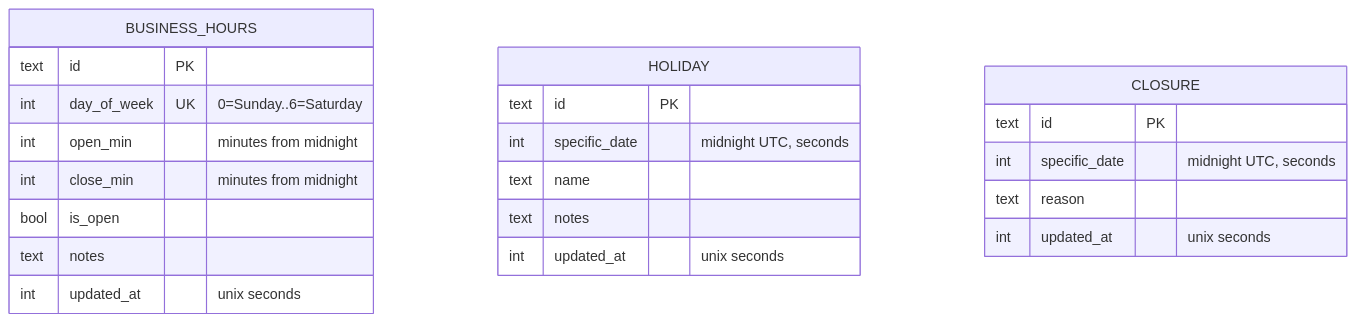
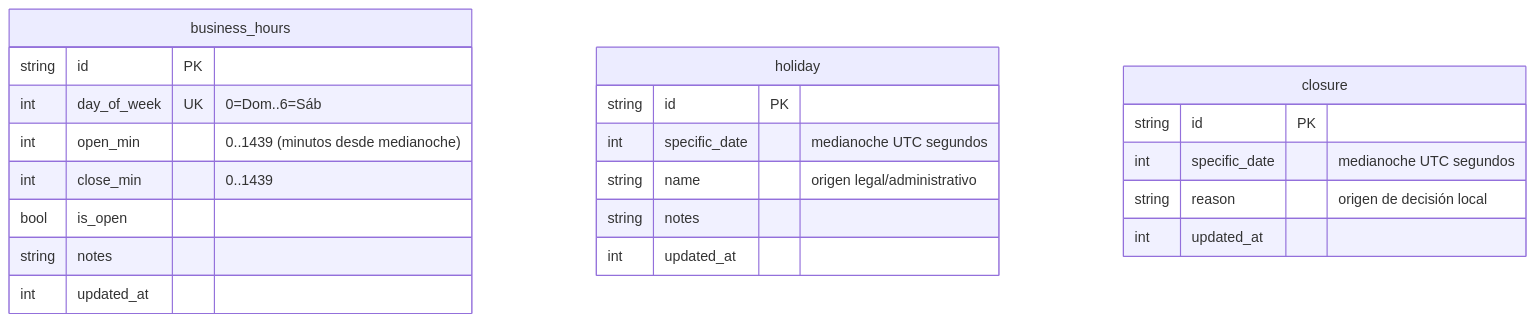
The diagram in docs/diagrams/database.md (veltylabs/business_calendar), drawn with Mermaid before and after one commit. The commit also changed other lines of this file and 2 other files, not shown here.

Commit message:
docs: translate repository documentation to Spanish

````diff
--- a/docs/diagrams/database.md
+++ b/docs/diagrams/database.md
@@ -5,27 +3,25 @@
 ```mermaid
 erDiagram
-    BUSINESS_HOURS {
-        text id PK
-        int day_of_week UK "0=Sunday..6=Saturday"
-        int open_min "minutes from midnight"
-        int close_min "minutes from midnight"
+    business_hours {
+        string id PK
+        int day_of_week UK "0=Dom..6=Sáb"
+        int open_min "0..1439 (minutos desde medianoche)"
+        int close_min "0..1439"
         bool is_open
-        text notes
-        int updated_at "unix seconds"
+        string notes
+        int updated_at
     }
-
-    HOLIDAY {
-        text id PK
-        int specific_date "midnight UTC, seconds"
-        text name
-        text notes
-        int updated_at "unix seconds"
+    holiday {
+        string id PK
+        int specific_date "medianoche UTC segundos"
+        string name "origen legal/administrativo"
+        string notes
+        int updated_at
     }
-
-    CLOSURE {
-        text id PK
-        int specific_date "midnight UTC, seconds"
-        text reason
-        int updated_at "unix seconds"
+    closure {
+        string id PK
+        int specific_date "medianoche UTC segundos"
+        string reason "origen de decisión local"
+        int updated_at
     }
 ```
````
